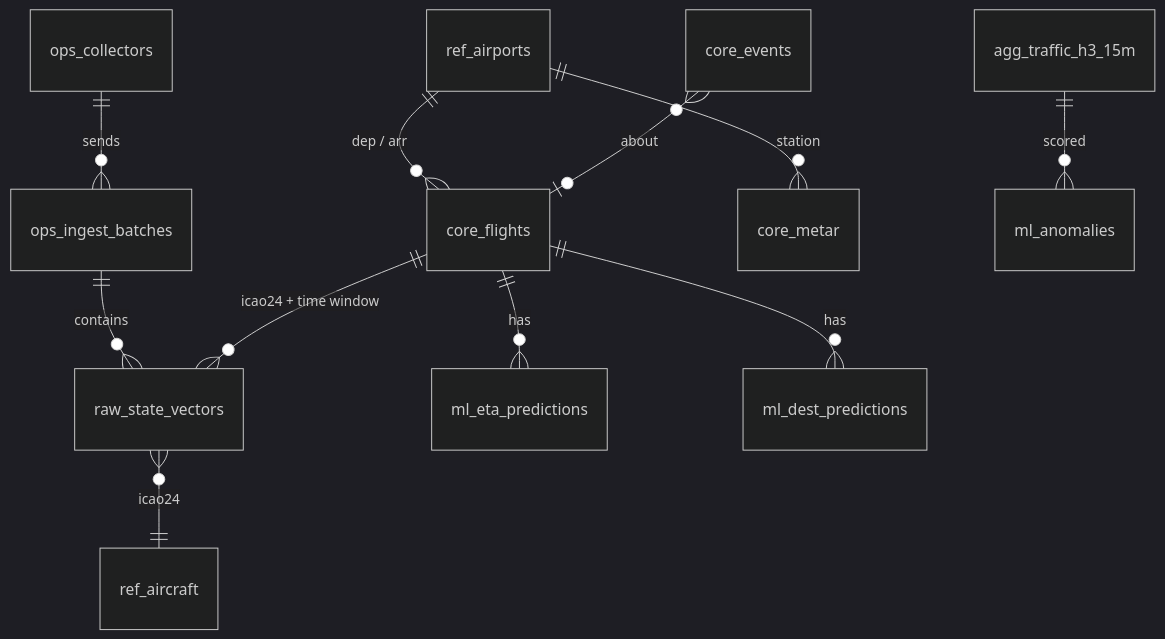
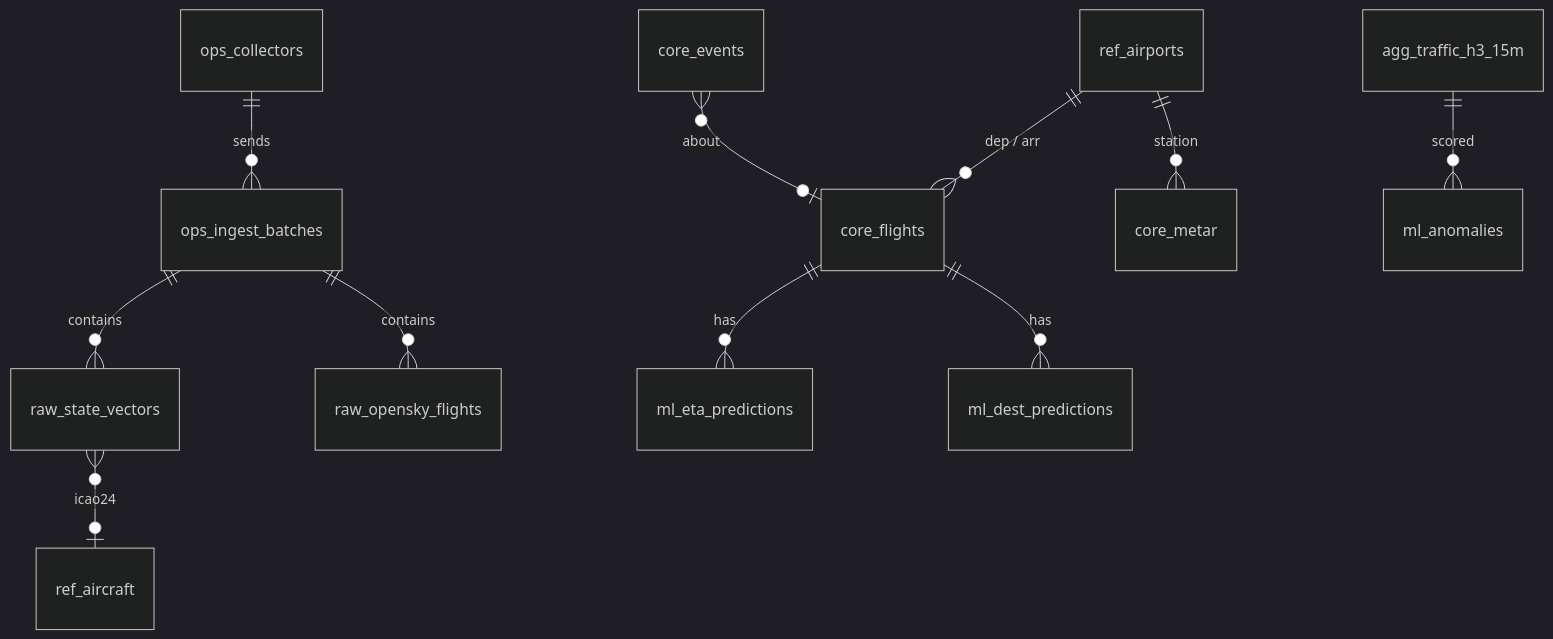
One commit to AlekkDev/airspace-live-tracker changed the diagram in docs/03-data-model.md. Above: the diagram before and after it, drawn with Mermaid (dark theme). The commit also changed other lines of this file and 16 other files, not shown here.

````diff
--- a/docs/03-data-model.md
+++ b/docs/03-data-model.md
@@ -24,13 +35,13 @@
 ```mermaid
 erDiagram
   ops_collectors ||--o{ ops_ingest_batches : sends
   ops_ingest_batches ||--o{ raw_state_vectors : contains
-  raw_state_vectors }o--|| ref_aircraft : "icao24"
-  core_flights ||--o{ raw_state_vectors : "icao24 + time window"
+  ops_ingest_batches ||--o{ raw_opensky_flights : contains
+  raw_state_vectors }o--o| ref_aircraft : "icao24"
   core_flights ||--o{ ml_eta_predictions : has
   core_flights ||--o{ ml_dest_predictions : has
   ref_airports ||--o{ core_flights : "dep / arr"
   ref_airports ||--o{ core_metar : station
   core_events }o--o| core_flights : about
   agg_traffic_h3_15m ||--o{ ml_anomalies : scored
 ```
````
